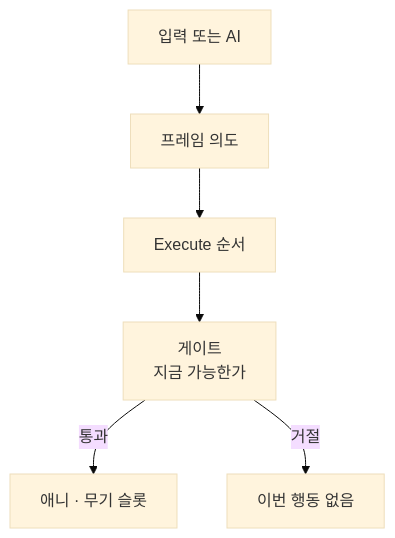
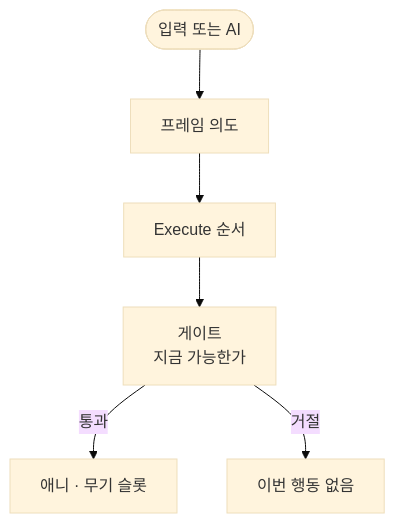
Before and after one commit to monet5379/monet5379.github.io: the diagram in notes/blade-command-gate.md, drawn with Mermaid (base theme). The commit also changed other lines of this file and 6 other files, not shown here.

Commit message:
fix(notes): BA 액션·AI Mermaid visual contract

````diff
--- a/notes/blade-command-gate.md
+++ b/notes/blade-command-gate.md
@@ -44,8 +44,9 @@
 ```mermaid
 flowchart TD
-  IN["입력 또는 AI"] --> BUS["프레임 의도"]
+  IN(["입력 또는 AI"])
+  IN --> BUS["프레임 의도"]
   BUS --> EX["Execute 순서"]
   EX --> G["게이트<br/>지금 가능한가"]
   G -->|통과| OPEN["애니 · 무기 슬롯"]
   G -->|거절| STOP["이번 행동 없음"]
 ```
````
